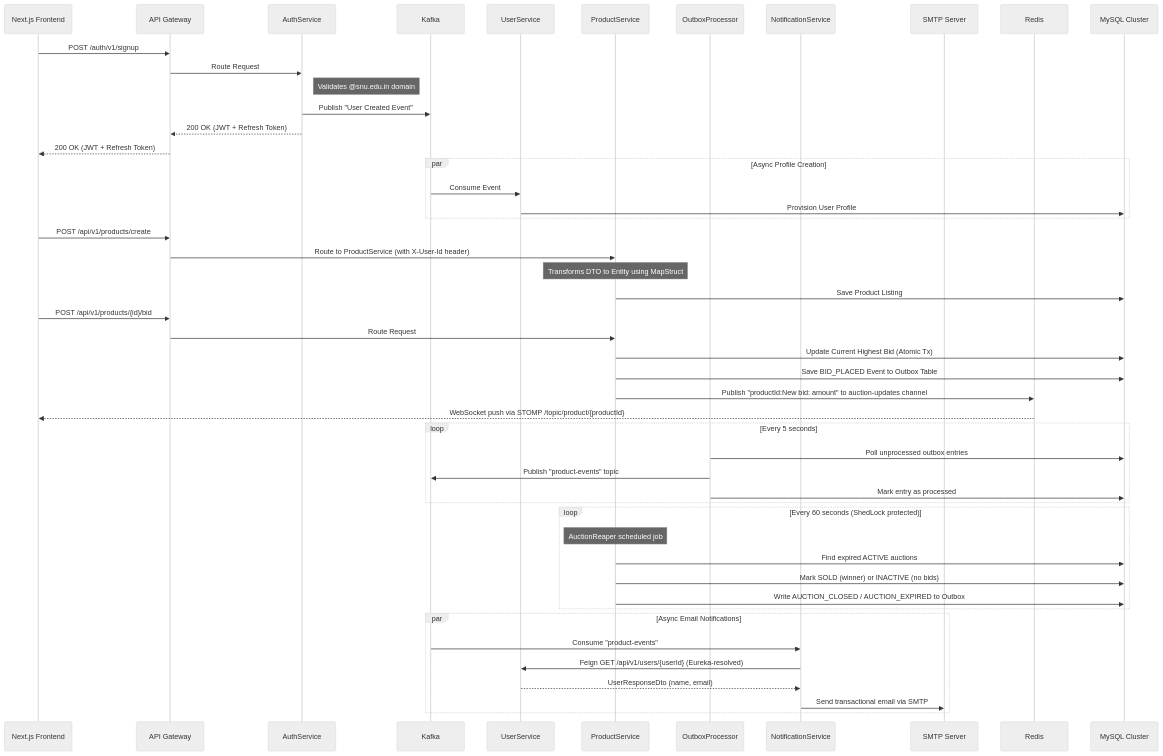
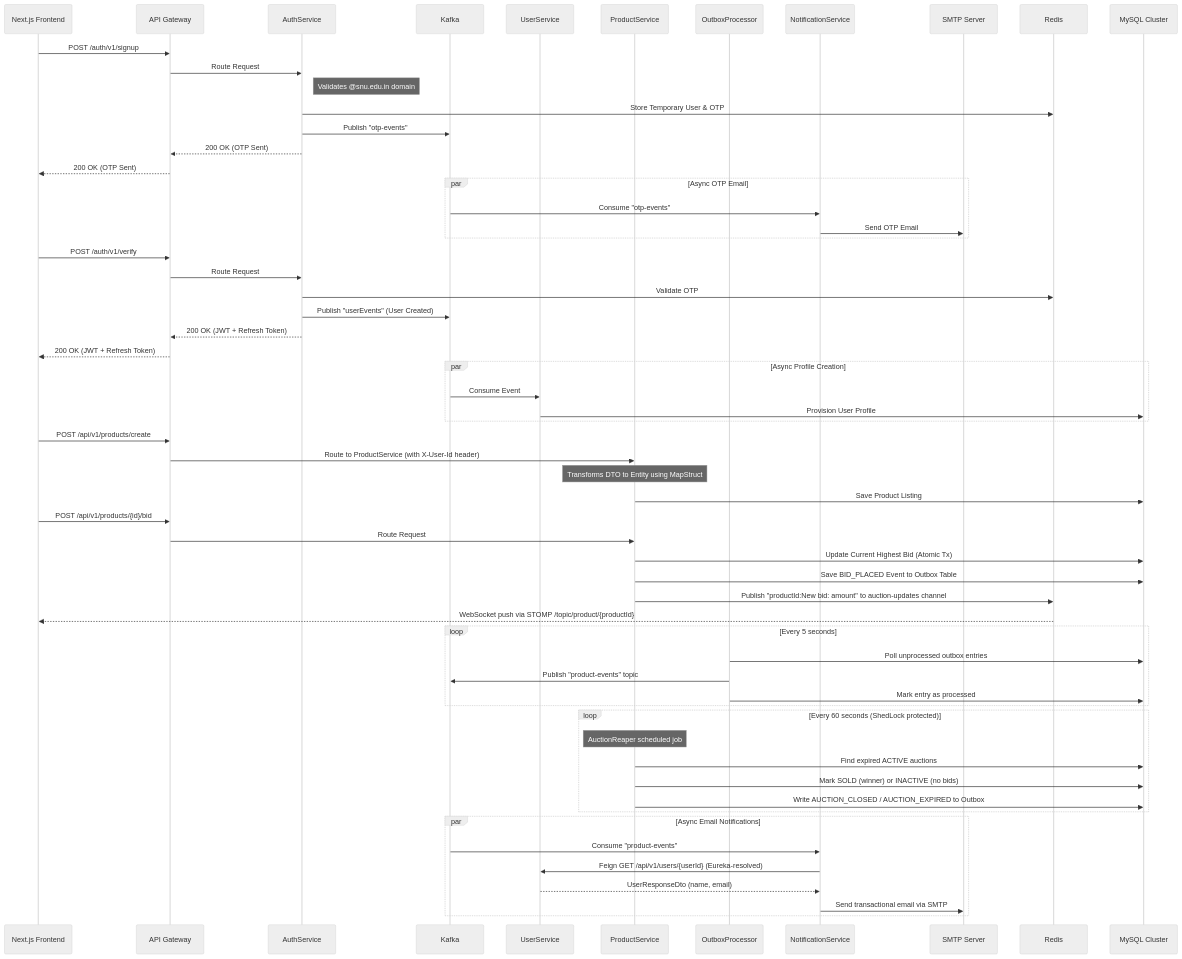
The diagram in README.md (Arnav05-cyber/AuctionU), drawn with Mermaid (neutral theme) before and after one commit. The commit also changed 20 other files, not shown here.

Commit message:
feat: implement 2-step OTP registration with Redis and NotificationService

````diff
--- a/README.md
+++ b/README.md
@@ -9,58 +9,71 @@
 ```mermaid
 sequenceDiagram
     participant UI as Next.js Frontend
     participant Gateway as API Gateway
     participant AuthService
     participant Kafka
     participant UserService
     participant ProductService as ProductService
     participant OutboxProcessor
     participant NotificationService
     participant MailServer as SMTP Server
     participant Redis
     participant Database as MySQL Cluster
 
     UI->>Gateway: POST /auth/v1/signup 
     Gateway->>AuthService: Route Request
     Note right of AuthService: Validates @snu.edu.in domain
-    AuthService->>Kafka: Publish "User Created Event"
+    AuthService->>Redis: Store Temporary User & OTP
+    AuthService->>Kafka: Publish "otp-events"
+    AuthService-->>Gateway: 200 OK (OTP Sent)
+    Gateway-->>UI: 200 OK (OTP Sent)
+
+    par Async OTP Email
+        Kafka->>NotificationService: Consume "otp-events"
+        NotificationService->>MailServer: Send OTP Email
+    end
+
+    UI->>Gateway: POST /auth/v1/verify
+    Gateway->>AuthService: Route Request
+    AuthService->>Redis: Validate OTP
+    AuthService->>Kafka: Publish "userEvents" (User Created)
     AuthService-->>Gateway: 200 OK (JWT + Refresh Token)
     Gateway-->>UI: 200 OK (JWT + Refresh Token)
 
     par Async Profile Creation
         Kafka->>UserService: Consume Event
         UserService->>Database: Provision User Profile
     end
 
     UI->>Gateway: POST /api/v1/products/create
     Gateway->>ProductService: Route to ProductService (with X-User-Id header)
     Note over ProductService: Transforms DTO to Entity using MapStruct
     ProductService->>Database: Save Product Listing
 
     UI->>Gateway: POST /api/v1/products/{id}/bid
     Gateway->>ProductService: Route Request
     ProductService->>Database: Update Current Highest Bid (Atomic Tx)
     ProductService->>Database: Save BID_PLACED Event to Outbox Table
     ProductService->>Redis: Publish "productId:New bid: amount" to auction-updates channel
     Redis-->>UI: WebSocket push via STOMP /topic/product/{productId}
 
     loop Every 5 seconds
         OutboxProcessor->>Database: Poll unprocessed outbox entries
         OutboxProcessor->>Kafka: Publish "product-events" topic
         OutboxProcessor->>Database: Mark entry as processed
     end
 
     loop Every 60 seconds (ShedLock protected)
         Note over ProductService: AuctionReaper scheduled job
         ProductService->>Database: Find expired ACTIVE auctions
         ProductService->>Database: Mark SOLD (winner) or INACTIVE (no bids)
         ProductService->>Database: Write AUCTION_CLOSED / AUCTION_EXPIRED to Outbox
     end
 
     par Async Email Notifications
         Kafka->>NotificationService: Consume "product-events"
         NotificationService->>UserService: Feign GET /api/v1/users/{userId} (Eureka-resolved)
         UserService-->>NotificationService: UserResponseDto (name, email)
         NotificationService->>MailServer: Send transactional email via SMTP
     end
 ```
````
